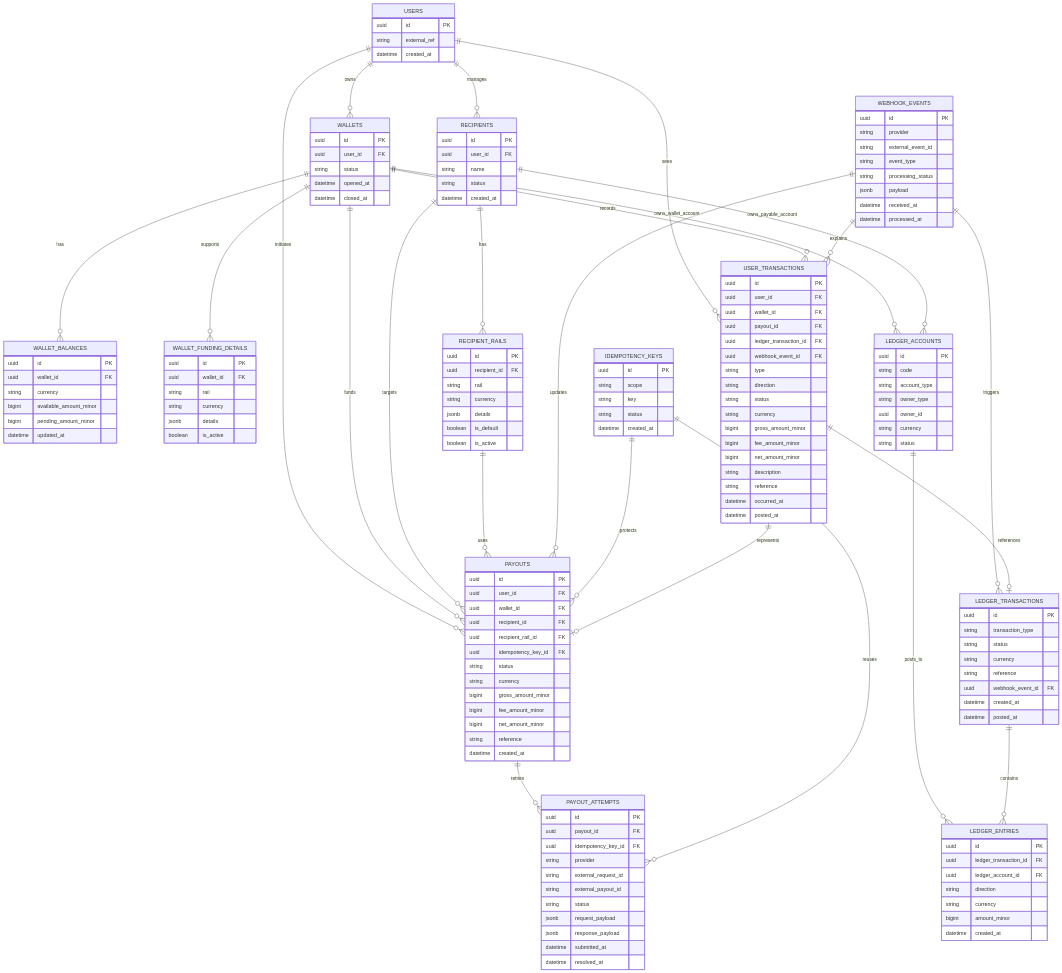
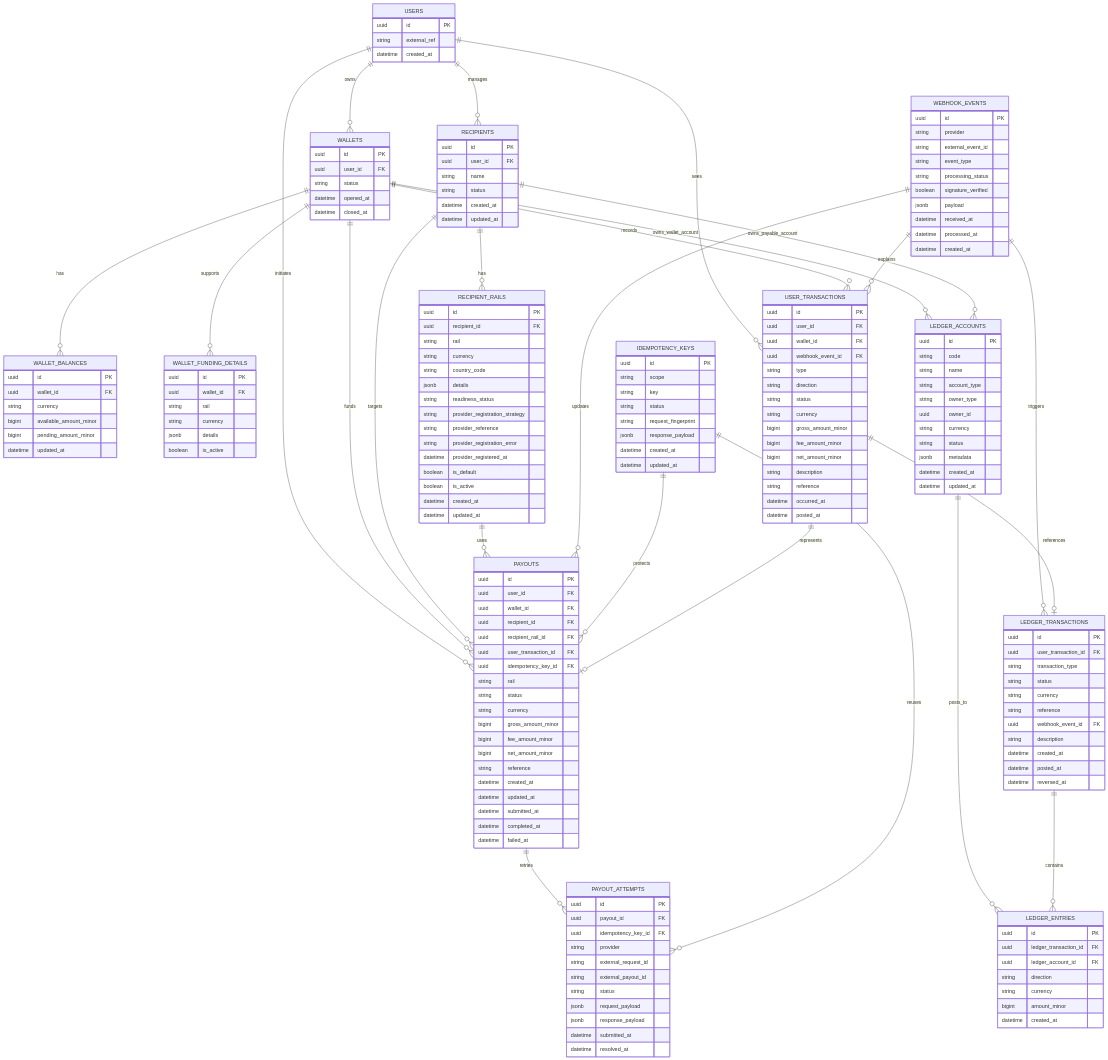
Before and after one commit to tandat2209/mini-payment-platform: the diagram in docs/financial-er-diagram.md, drawn with Mermaid. The commit also changed other lines of this file and 24 other files, not shown here.

```diff
--- a/docs/financial-er-diagram.md
+++ b/docs/financial-er-diagram.md
@@ -80,8 +80,6 @@
         uuid id PK
         uuid user_id FK
         uuid wallet_id FK
-        uuid payout_id FK
-        uuid ledger_transaction_id FK
         uuid webhook_event_id FK
         string type
         string direction
@@ -102,6 +100,7 @@
         string name
         string status
         datetime created_at
+        datetime updated_at
     }
 
     RECIPIENT_RAILS {
@@ -109,9 +108,17 @@
         uuid recipient_id FK
         string rail
         string currency
+        string country_code
         jsonb details
+        string readiness_status
+        string provider_registration_strategy
+        string provider_reference
+        string provider_registration_error
+        datetime provider_registered_at
         boolean is_default
         boolean is_active
+        datetime created_at
+        datetime updated_at
     }
 
     PAYOUTS {
@@ -120,7 +127,9 @@
         uuid wallet_id FK
         uuid recipient_id FK
         uuid recipient_rail_id FK
+        uuid user_transaction_id FK
         uuid idempotency_key_id FK
+        string rail
         string status
         string currency
         bigint gross_amount_minor
@@ -128,6 +137,10 @@
         bigint net_amount_minor
         string reference
         datetime created_at
+        datetime updated_at
+        datetime submitted_at
+        datetime completed_at
+        datetime failed_at
     }
 
     PAYOUT_ATTEMPTS {
@@ -150,9 +163,11 @@
         string external_event_id
         string event_type
         string processing_status
+        boolean signature_verified
         jsonb payload
         datetime received_at
         datetime processed_at
+        datetime created_at
     }
 
     IDEMPOTENCY_KEYS {
@@ -160,28 +175,38 @@
         string scope
         string key
         string status
+        string request_fingerprint
+        jsonb response_payload
         datetime created_at
+        datetime updated_at
     }
 
     LEDGER_ACCOUNTS {
         uuid id PK
         string code
+        string name
         string account_type
         string owner_type
         uuid owner_id
         string currency
         string status
+        jsonb metadata
+        datetime created_at
+        datetime updated_at
     }
 
     LEDGER_TRANSACTIONS {
         uuid id PK
+        uuid user_transaction_id FK
         string transaction_type
         string status
         string currency
         string reference
         uuid webhook_event_id FK
+        string description
         datetime created_at
         datetime posted_at
+        datetime reversed_at
     }
 
     LEDGER_ENTRIES {
```
